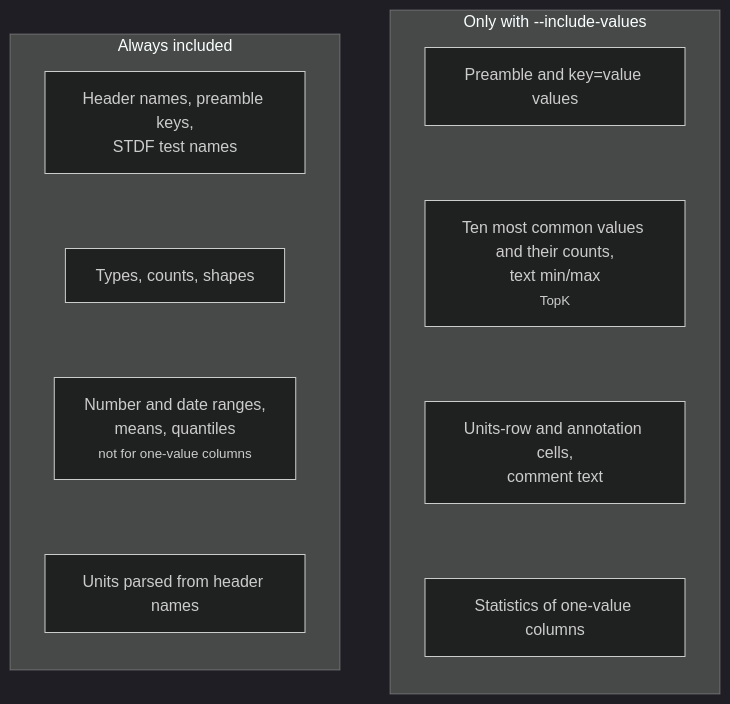
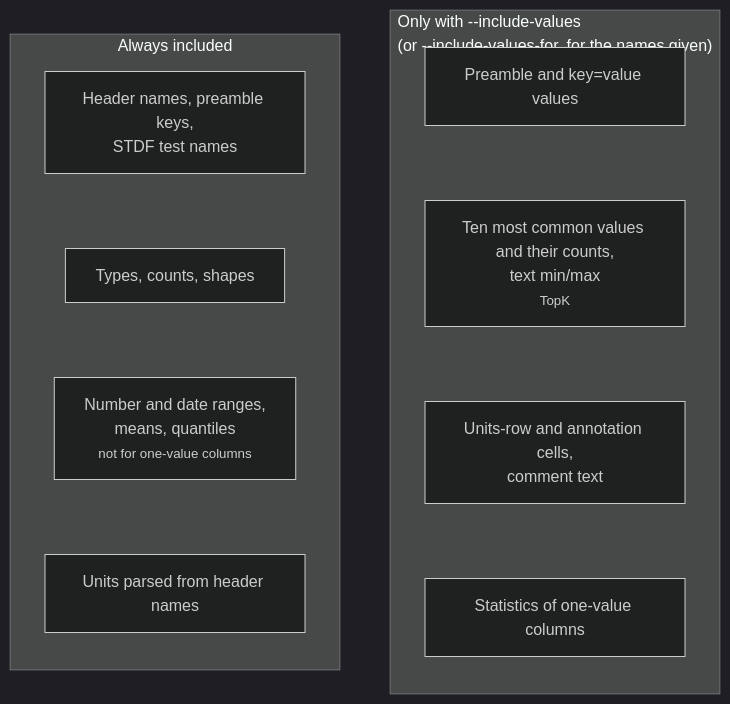
Before and after one commit to squalor-xyz/squalify: diagram 13 of 25 in docs/how-it-works.md, drawn with Mermaid (dark theme). The commit also changed 11 other files, not shown here.

````diff
--- a/docs/how-it-works.md
+++ b/docs/how-it-works.md
@@ -205,20 +205,20 @@
 ```mermaid
 flowchart LR
     subgraph always["Always included"]
         direction TB
         A1["Header names, preamble keys,<br/>STDF test names"]
         A2["Types, counts, shapes"]
         A3["Number and date ranges,<br/>means, quantiles<br/><small>not for one-value columns</small>"]
         A4["Units parsed from header names"]
         A1 ~~~ A2 ~~~ A3 ~~~ A4
     end
-    subgraph optin["Only with --include-values"]
+    subgraph optin["Only with --include-values<br/>(or --include-values-for, for the names given)"]
         direction TB
         O1["Preamble and key=value values"]
         O2["Ten most common values and their counts,<br/>text min/max<br/><small>TopK</small>"]
         O3["Units-row and annotation cells,<br/>comment text"]
         O4["Statistics of one-value columns"]
         O1 ~~~ O2 ~~~ O3 ~~~ O4
     end
     always ~~~ optin
 ```
````
